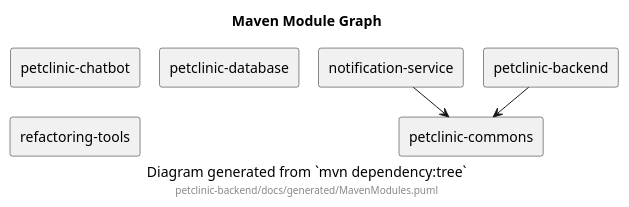
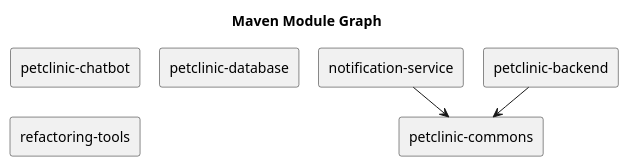
Before and after one commit to victorrentea/petclinic: the diagram in petclinic-backend/docs/generated/MavenModules.puml, drawn with PlantUML. The commit also changed 2 other files, not shown here.

```diff
--- a/petclinic-backend/docs/generated/MavenModules.puml
+++ b/petclinic-backend/docs/generated/MavenModules.puml
@@ -1,23 +1,21 @@
 @startuml
 
 title Maven Module Graph
-caption Diagram generated from `mvn dependency:tree`
-footer petclinic-backend/docs/generated/MavenModules.puml
 
 skinparam shadowing false
 skinparam componentStyle rectangle
 skinparam nodesep 20
 skinparam ranksep 30
 
 component "notification-service" as notification_service
 component "petclinic-backend" as petclinic_backend
 component "petclinic-chatbot" as petclinic_chatbot
 component "petclinic-commons" as petclinic_commons
 component "petclinic-database" as petclinic_database
 component "refactoring-tools" as refactoring_tools
 
 notification_service --> petclinic_commons
 petclinic_backend --> petclinic_commons
 
 
 @enduml
```
